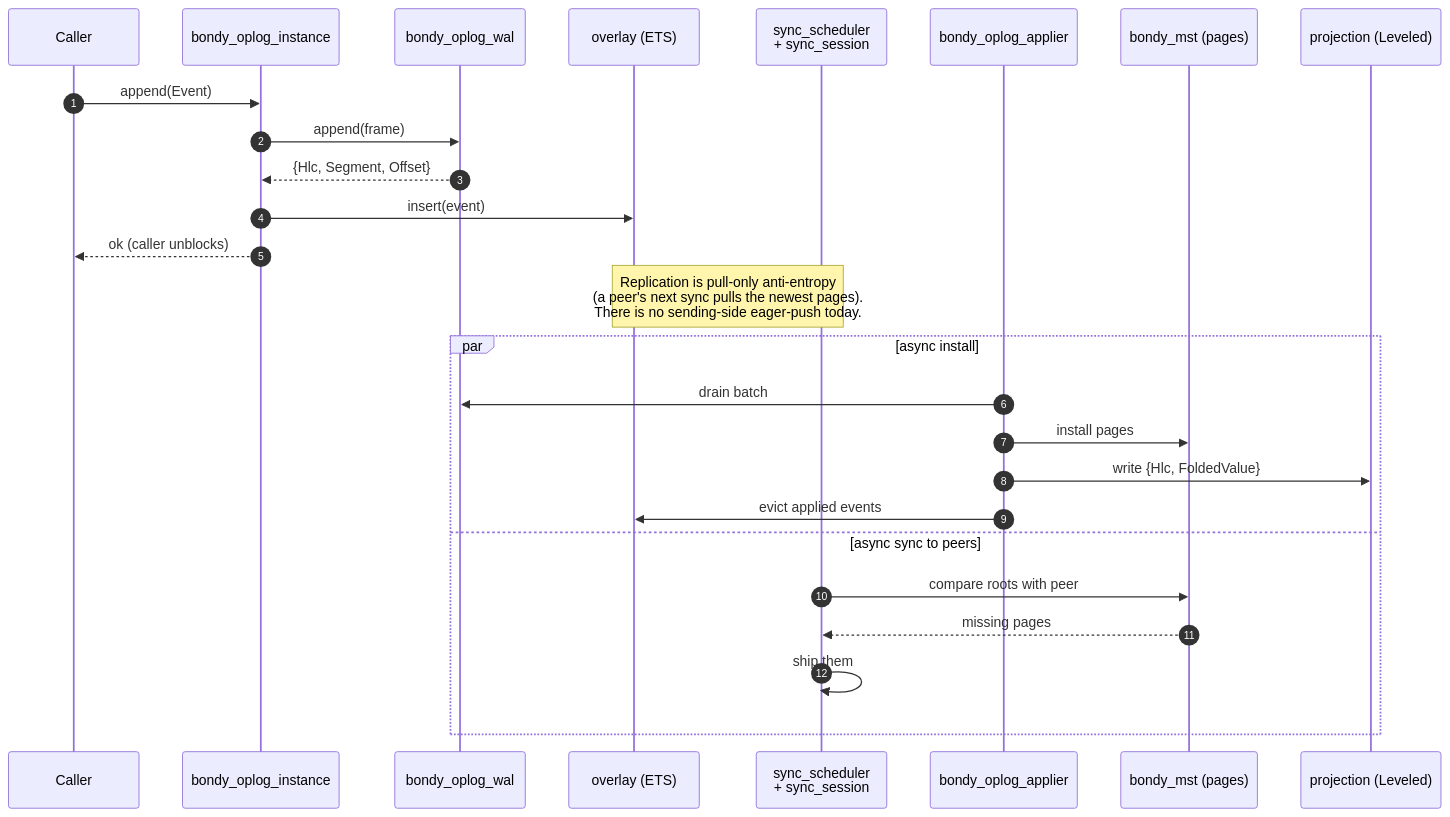
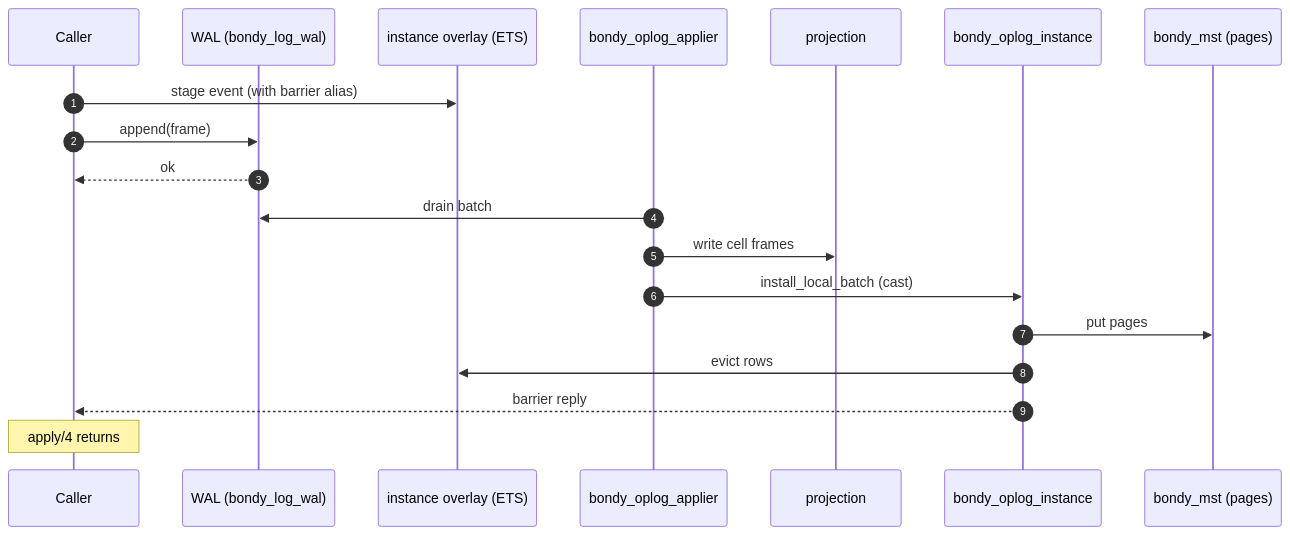
Before and after one commit to bondy-io/bondy: the third of 5 diagrams in apps/bondy_db/doc_extras/architecture/00_overview.md, drawn with Mermaid. The commit also changed other lines of this file and 449 other files, not shown here.

````diff
--- a/apps/bondy_db/doc_extras/architecture/00_overview.md
+++ b/apps/bondy_db/doc_extras/architecture/00_overview.md
@@ -91,30 +94,22 @@
 ```mermaid
 sequenceDiagram
     autonumber
     participant C as Caller
+    participant WAL as WAL (bondy_log_wal)
+    participant OV as instance overlay (ETS)
+    participant APP as bondy_oplog_applier
+    participant PROJ as projection
     participant INST as bondy_oplog_instance
-    participant WAL as bondy_oplog_wal
-    participant OV as overlay (ETS)
-    participant SYNC as sync_scheduler<br/>+ sync_session
-    participant APP as bondy_oplog_applier
     participant MST as bondy_mst (pages)
-    participant PROJ as projection (Leveled)
 
-    C->>INST: append(Event)
-    INST->>WAL: append(frame)
-    WAL-->>INST: {Hlc, Segment, Offset}
-    INST->>OV: insert(event)
-    INST-->>C: ok (caller unblocks)
-    Note over OV,SYNC: Replication is pull-only anti-entropy<br/>(a peer's next sync pulls the newest pages).<br/>There is no sending-side eager-push today.
-
-    par async install
-        APP->>WAL: drain batch
-        APP->>MST: install pages
-        APP->>PROJ: write {Hlc, FoldedValue}
-        APP->>OV: evict applied events
-    and async sync to peers
-        SYNC->>MST: compare roots with peer
-        MST-->>SYNC: missing pages
-        SYNC->>SYNC: ship them
-    end
+    C->>OV: stage event (with barrier alias)
+    C->>WAL: append(frame)
+    WAL-->>C: ok
+    APP->>WAL: drain batch
+    APP->>PROJ: write cell frames
+    APP->>INST: install_local_batch (cast)
+    INST->>MST: put pages
+    INST->>OV: evict rows
+    INST-->>C: barrier reply
+    Note over C: apply/4 returns
 ```
````
